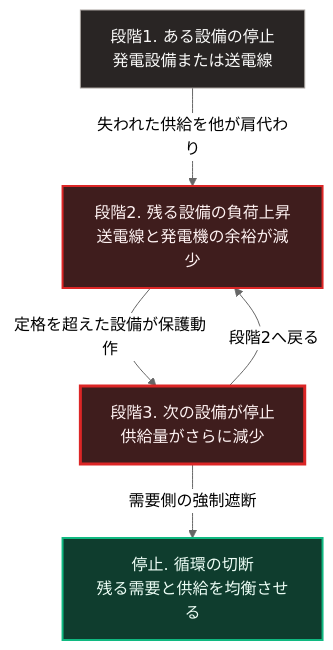
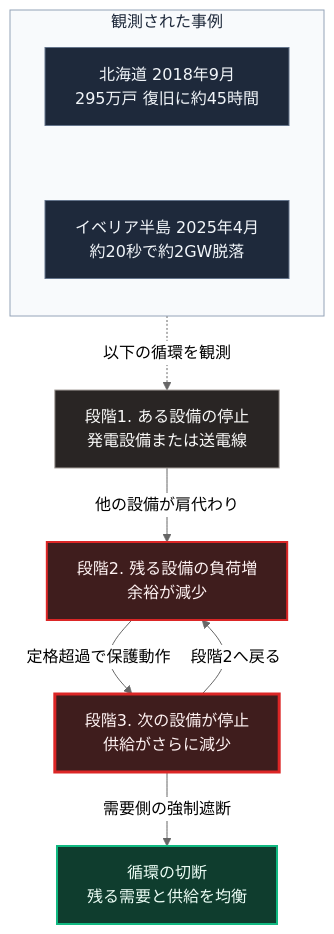
One commit to Takenori-Kusaka/zenn-content changed the diagram in books/sovereign-resilience-blueprint/26_power-grid-cascade-collapse.md. Above: the diagram before and after it, drawn with Mermaid (neutral theme). The commit also changed other lines of this file and 114 other files, not shown here.

````diff
--- a/books/sovereign-resilience-blueprint/26_power-grid-cascade-collapse.md
+++ b/books/sovereign-resilience-blueprint/26_power-grid-cascade-collapse.md
@@ -71,13 +71,20 @@
 ```mermaid
 flowchart TD
-    A[段階1. ある設備の停止<br>発電設備または送電線]
-    A -->|失われた供給を他が肩代わり| B[段階2. 残る設備の負荷上昇<br>送電線と発電機の余裕が減少]
-    B -->|定格を超えた設備が保護動作| C[段階3. 次の設備が停止<br>供給量がさらに減少]
+    subgraph E[観測された事例]
+        direction TB
+        E1[北海道 2018年9月<br>295万戸 復旧に約45時間] ~~~ E2[イベリア半島 2025年4月<br>約20秒で約2GW脱落]
+    end
+    E -.->|以下の循環を観測| A[段階1. ある設備の停止<br>発電設備または送電線]
+    A -->|他の設備が肩代わり| B[段階2. 残る設備の負荷増<br>余裕が減少]
+    B -->|定格超過で保護動作| C[段階3. 次の設備が停止<br>供給がさらに減少]
     C -->|段階2へ戻る| B
-    C -->|需要側の強制遮断| D[停止. 循環の切断<br>残る需要と供給を均衡させる]
+    C -->|需要側の強制遮断| D[循環の切断<br>残る需要と供給を均衡]
 
+    style E1 fill:#1e293b,stroke:#64748b,color:#f1f5f9
+    style E2 fill:#1e293b,stroke:#64748b,color:#f1f5f9
     style A fill:#292524,stroke:#a8a29e,color:#fafaf9
     style B fill:#3f1d1d,stroke:#dc2626,stroke-width:2px,color:#fef2f2
     style C fill:#3f1d1d,stroke:#dc2626,stroke-width:3px,color:#fef2f2
     style D fill:#0f3d2e,stroke:#10b981,stroke-width:2px,color:#ecfdf5
+    style E fill:#f8fafc,stroke:#94a3b8,color:#1e293b
 ```
````
